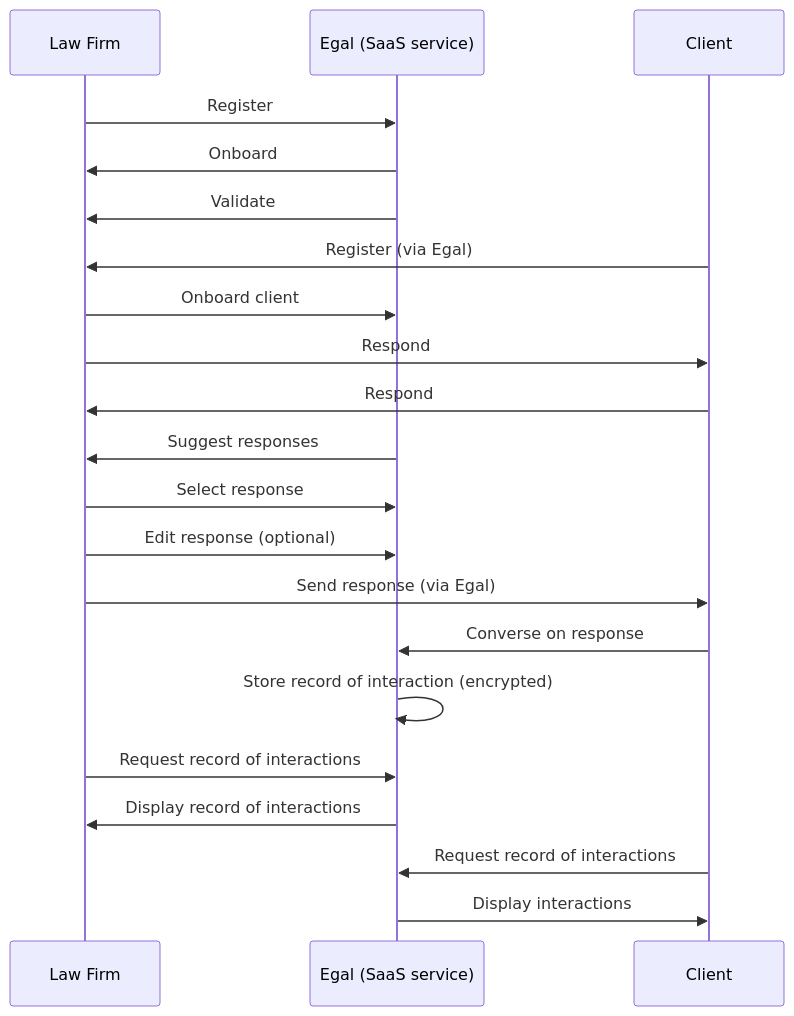
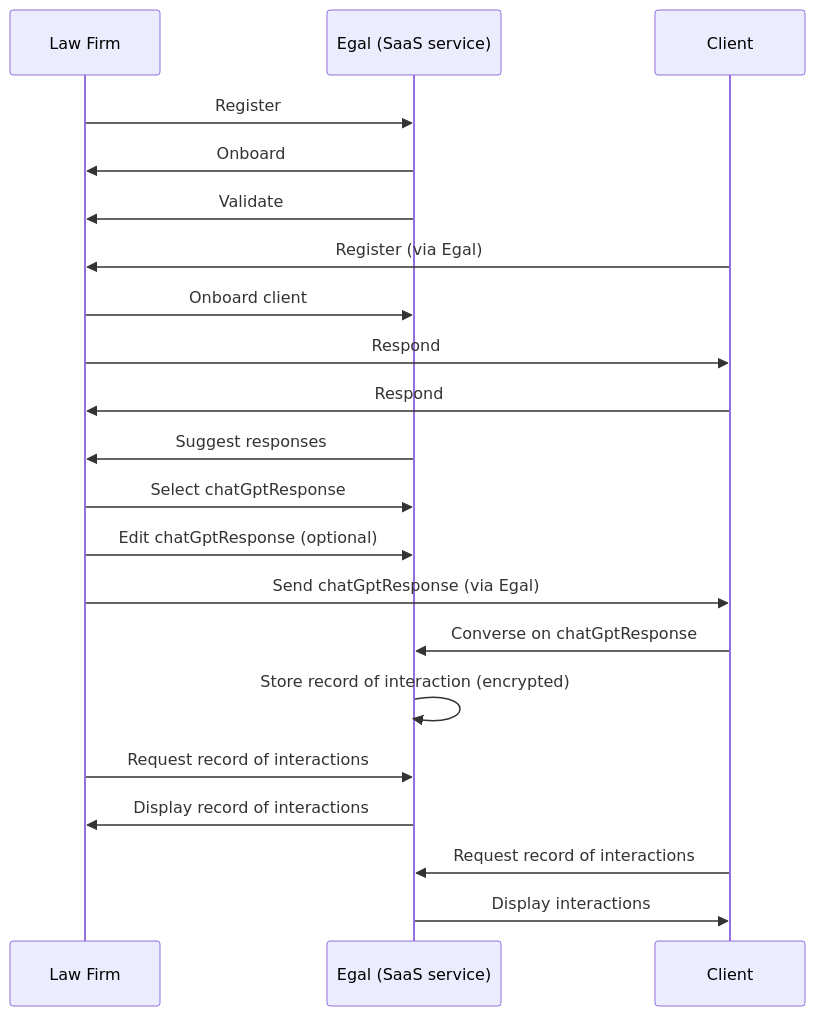
One commit to Leegavee/legal-tech changed the diagram in docs/what-we-are-building/index.md. Above: the diagram before and after it, drawn with Mermaid. The commit also changed 13 other files, not shown here.

Commit message:
get Chat GPT working in Demo page

````diff
--- a/docs/what-we-are-building/index.md
+++ b/docs/what-we-are-building/index.md
@@ -27,24 +27,24 @@
 ```mermaid
 sequenceDiagram
     participant LawFirm as Law Firm
     participant Egal as Egal (SaaS service)
     participant Client as Client
 
     LawFirm ->> Egal: Register
     Egal ->> LawFirm: Onboard
     Egal ->> LawFirm: Validate
     Client ->> LawFirm: Register (via Egal)
     LawFirm ->> Egal: Onboard client
     LawFirm ->> Client: Respond
     Client ->> LawFirm: Respond
     Egal ->> LawFirm: Suggest responses
-    LawFirm ->> Egal: Select response
-    LawFirm ->> Egal: Edit response (optional)
-    LawFirm ->> Client: Send response (via Egal)
-    Client ->> Egal: Converse on response
+    LawFirm ->> Egal: Select chatGptResponse
+    LawFirm ->> Egal: Edit chatGptResponse (optional)
+    LawFirm ->> Client: Send chatGptResponse (via Egal)
+    Client ->> Egal: Converse on chatGptResponse
     Egal ->> Egal: Store record of interaction (encrypted)
     LawFirm ->> Egal: Request record of interactions
     Egal ->> LawFirm: Display record of interactions
     Client ->> Egal: Request record of interactions
     Egal ->> Client: Display interactions
 ```
````
